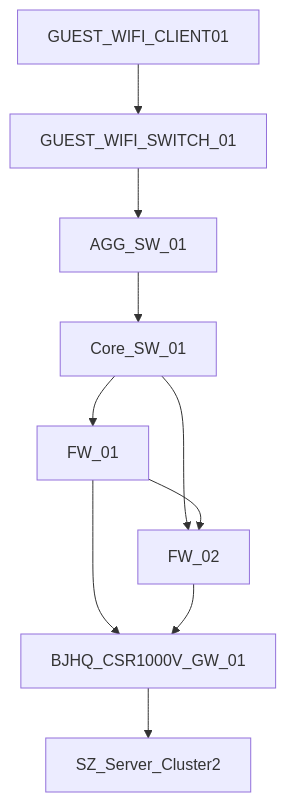
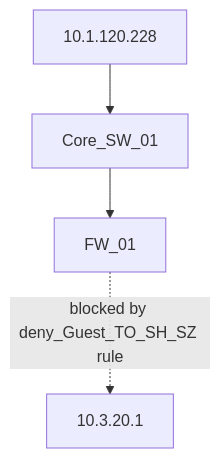
The diagram in outputs/topology_problem_4.md (KG-khangelani/Telco-Troubleshooting-Agentic-Challenge-B), drawn with Mermaid before and after one commit. The commit also changed 11 other files, not shown here.

Commit message:
feat: enhance troubleshooting documentation, improve command handling, and update topology diagrams

````diff
--- a/outputs/topology_problem_4.md
+++ b/outputs/topology_problem_4.md
@@ -1,12 +1,6 @@
 ```mermaid
 graph TD
-    GUEST_WIFI_CLIENT01 --> GUEST_WIFI_SWITCH_01
-    GUEST_WIFI_SWITCH_01 --> AGG_SW_01
-    AGG_SW_01 --> Core_SW_01
-    Core_SW_01 --> FW_01
-    Core_SW_01 --> FW_02
-    FW_01 --> FW_02
-    FW_01 --> BJHQ_CSR1000V_GW_01
-    FW_02 --> BJHQ_CSR1000V_GW_01
-    BJHQ_CSR1000V_GW_01 --> SZ_Server_Cluster2
+  GUEST_WIFI_CLIENT01[10.1.120.228] --> Core_SW_01[Core_SW_01]
+  Core_SW_01 --> FW_01[FW_01]
+  FW_01 -.blocked by deny_Guest_TO_SH_SZ rule.-> SZ_Server_Cluster2[10.3.20.1]
 ```
````
